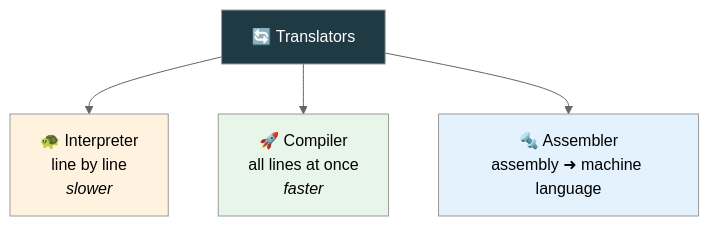
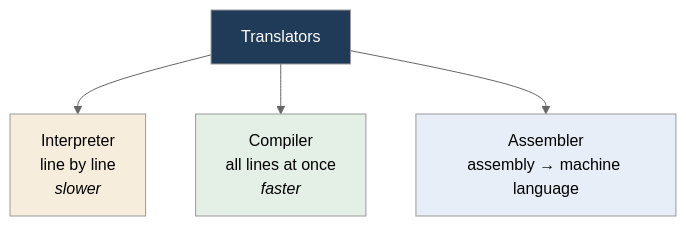
Before and after one commit to kundankumarsharma56/Leaning-Java: the first of 2 diagrams in src/Theory/01-Java-Introduction-and-Setup/09-Translators.md, drawn with Mermaid (neutral theme). The commit also changed other lines of this file and 84 other files, not shown here.

````diff
--- a/src/Theory/01-Java-Introduction-and-Setup/09-Translators.md
+++ b/src/Theory/01-Java-Introduction-and-Setup/09-Translators.md
@@ -21,10 +21,10 @@
 ```mermaid
 flowchart TD
-    T["🔄 Translators"] --> I["🐢 Interpreter<br/>line by line<br/><i>slower</i>"]
-    T --> C["🚀 Compiler<br/>all lines at once<br/><i>faster</i>"]
-    T --> A["🔩 Assembler<br/>assembly ➜ machine language"]
-    style T fill:#203a43,color:#fff
-    style I fill:#fff3e0
-    style C fill:#e8f5e9
-    style A fill:#e3f2fd
+    T["Translators"] --> I["Interpreter<br/>line by line<br/><i>slower</i>"]
+    T --> C["Compiler<br/>all lines at once<br/><i>faster</i>"]
+    T --> A["Assembler<br/>assembly → machine language"]
+    style T fill:#1f3b57,color:#fff
+    style I fill:#f7eddd
+    style C fill:#e4efe6
+    style A fill:#e7eef7
 ```
````
